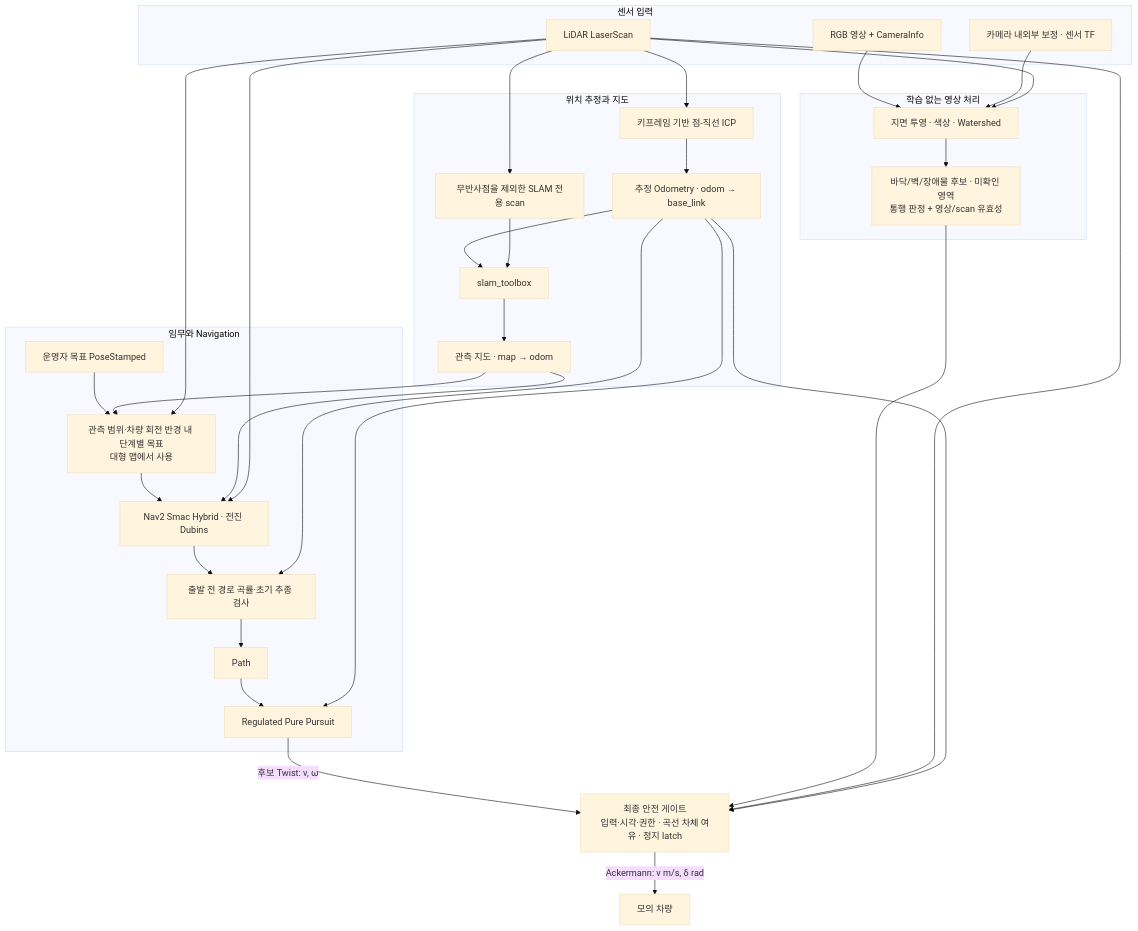
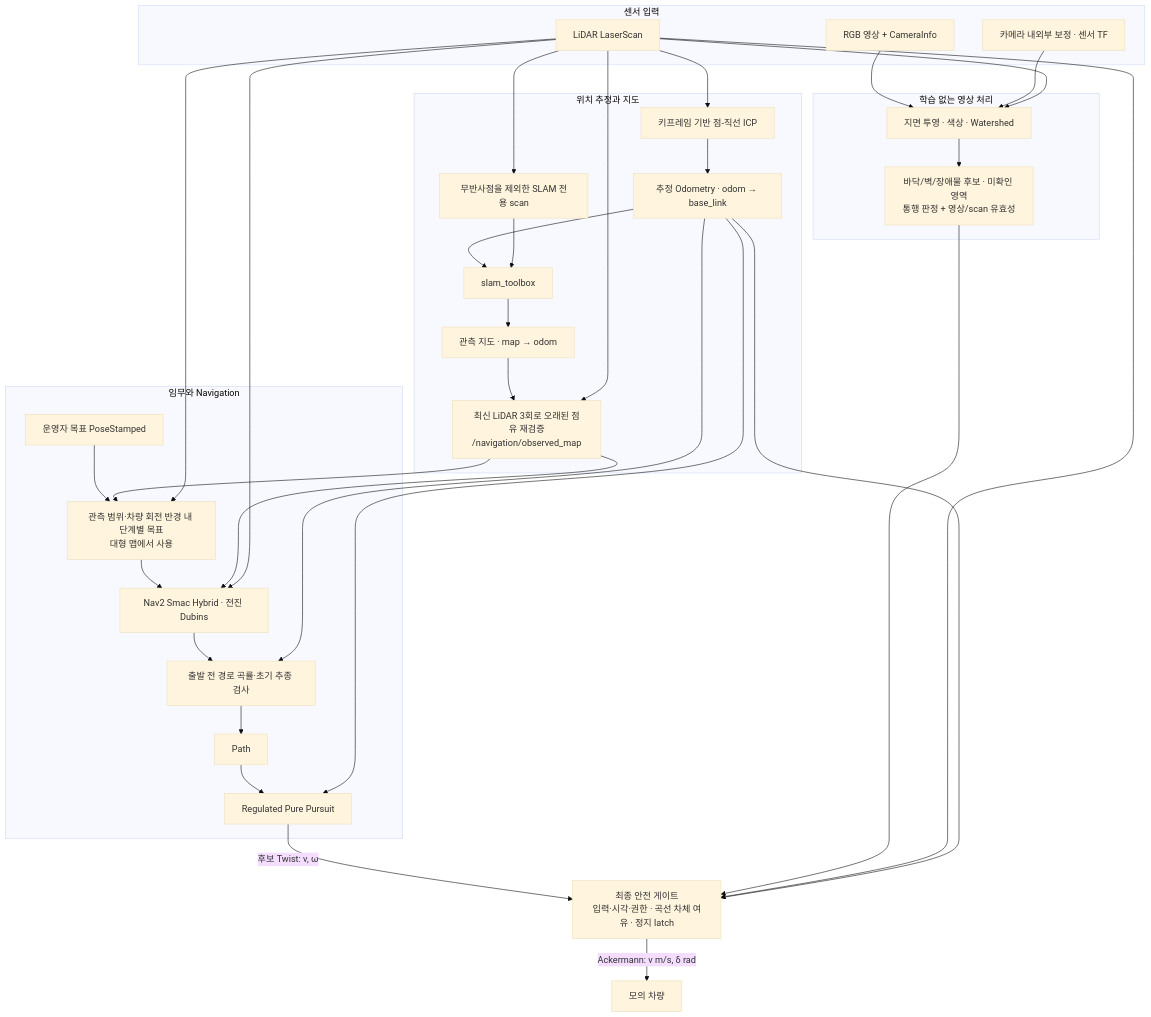
Before and after one commit to dongguekim-rgb/mrider: the diagram in docs/architecture.md, drawn with Mermaid (base theme). The commit also changed other lines of this file and 520 other files, not shown here.

````diff
--- a/docs/architecture.md
+++ b/docs/architecture.md
@@ -10,48 +11,52 @@
 ```mermaid
 flowchart TB
     subgraph SENSOR[센서 입력]
         RGB["RGB 영상 + CameraInfo"]
         SCAN["LiDAR LaserScan"]
         CAL["카메라 내외부 보정 · 센서 TF"]
     end
     subgraph EST[위치 추정과 지도]
         ICP["키프레임 기반 점-직선 ICP"]
         ODOM["추정 Odometry · odom → base_link"]
         SLAM["slam_toolbox"]
         MAP["관측 지도 · map → odom"]
+        LIVE["최신 LiDAR 3회로 오래된 점유 재검증
+/navigation/observed_map"]
         SCAN --> ICP --> ODOM --> SLAM --> MAP
         SCAN --> FILTER["무반사점을 제외한 SLAM 전용 scan"] --> SLAM
+        MAP --> LIVE
+        SCAN --> LIVE
     end
     subgraph PERCEPTION[학습 없는 영상 처리]
         SEG["지면 투영 · 색상 · Watershed"]
         STATUS["바닥/벽/장애물 후보 · 미확인 영역
 통행 판정 + 영상/scan 유효성"]
         RGB --> SEG
         CAL --> SEG
         SCAN --> SEG --> STATUS
     end
     subgraph NAV[임무와 Navigation]
         GOAL["운영자 목표 PoseStamped"]
         LOCAL["관측 범위·차량 회전 반경 내 단계별 목표
 대형 맵에서 사용"]
         PLAN["Nav2 Smac Hybrid · 전진 Dubins"]
         CHECK["출발 전 경로 곡률·초기 추종 검사"]
         PATH["Path"]
         RPP["Regulated Pure Pursuit"]
         GOAL --> LOCAL
-        MAP --> LOCAL
+        LIVE --> LOCAL
         SCAN --> LOCAL
         LOCAL --> PLAN --> CHECK --> PATH --> RPP
-        MAP --> PLAN
+        LIVE --> PLAN
         SCAN --> PLAN
         ODOM --> RPP
         ODOM --> CHECK
     end
     GATE["최종 안전 게이트
 입력·시각·권한 · 곡선 차체 여유 · 정지 latch"]
     RPP -->|"후보 Twist: v, ω"| GATE
     STATUS --> GATE
     SCAN --> GATE
     ODOM --> GATE
     GATE -->|"Ackermann: v m/s, δ rad"| CAR["모의 차량"]
 ```
````
